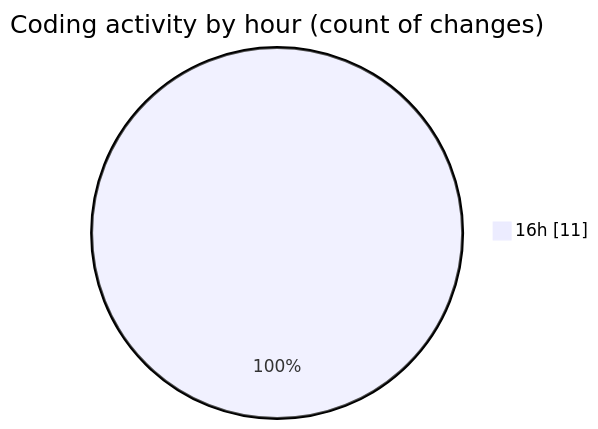
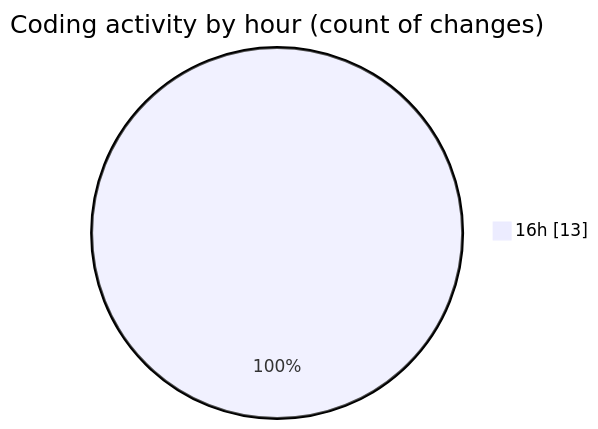
One commit to donsfak/code-tracking changed the second of 2 diagrams in 2025-01-26/trackers_app/README.md. Above: the diagram before and after it, drawn with Mermaid. The commit also changed other lines of this file and 1 other file, not shown here.

````diff
--- a/2025-01-26/trackers_app/README.md
+++ b/2025-01-26/trackers_app/README.md
@@ -30,5 +30,5 @@
 ```mermaid
 pie showData
 title Coding activity by hour (count of changes)
-"16h" : 11
+"16h" : 13
 ```
````
